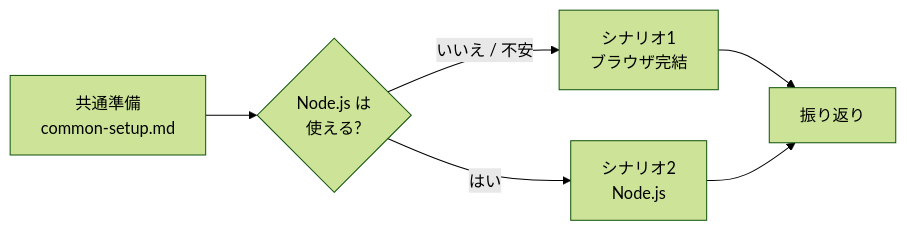
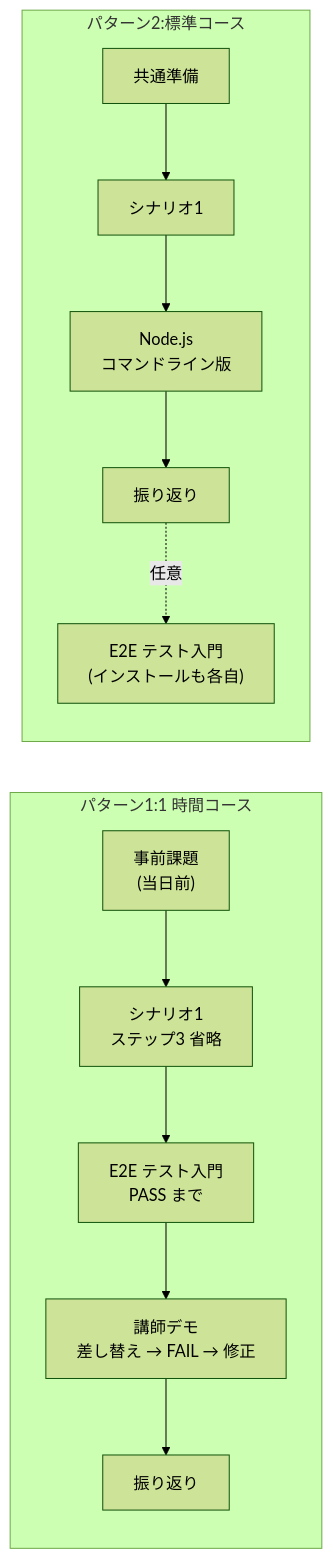
One commit to IBM/japan-technology changed the eighth of 8 diagrams in ibm-bob/bob-a-thon/javascript/devtest101/README.md. Above: the diagram before and after it, drawn with Mermaid (forest theme). The commit also changed other lines of this file, not shown here.

````diff
--- a/ibm-bob/bob-a-thon/javascript/devtest101/README.md
+++ b/ibm-bob/bob-a-thon/javascript/devtest101/README.md
@@ -300,8 +371,10 @@
 ```mermaid
 flowchart LR
-    S0["共通準備<br/>common-setup.md"] --> Q{"Node.js は<br/>使える?"}
-    Q -->|"いいえ / 不安"| S1["シナリオ1<br/>ブラウザ完結"]
-    Q -->|"はい"| S2["シナリオ2<br/>Node.js"]
-    S1 --> R["振り返り"]
-    S2 --> R
+    subgraph P1["パターン1:1 時間コース"]
+        A0["事前課題<br/>(当日前)"] --> A1["シナリオ1<br/>ステップ3 省略"] --> A2["E2E テスト入門<br/>PASS まで"] --> A3["講師デモ<br/>差し替え → FAIL → 修正"] --> A4["振り返り"]
+    end
+    subgraph P2["パターン2:標準コース"]
+        B0["共通準備"] --> B1["シナリオ1"] --> B2["Node.js<br/>コマンドライン版"] --> B3["振り返り"]
+        B3 -.->|"任意"| B4["E2E テスト入門<br/>(インストールも各自)"]
+    end
 ```
````
